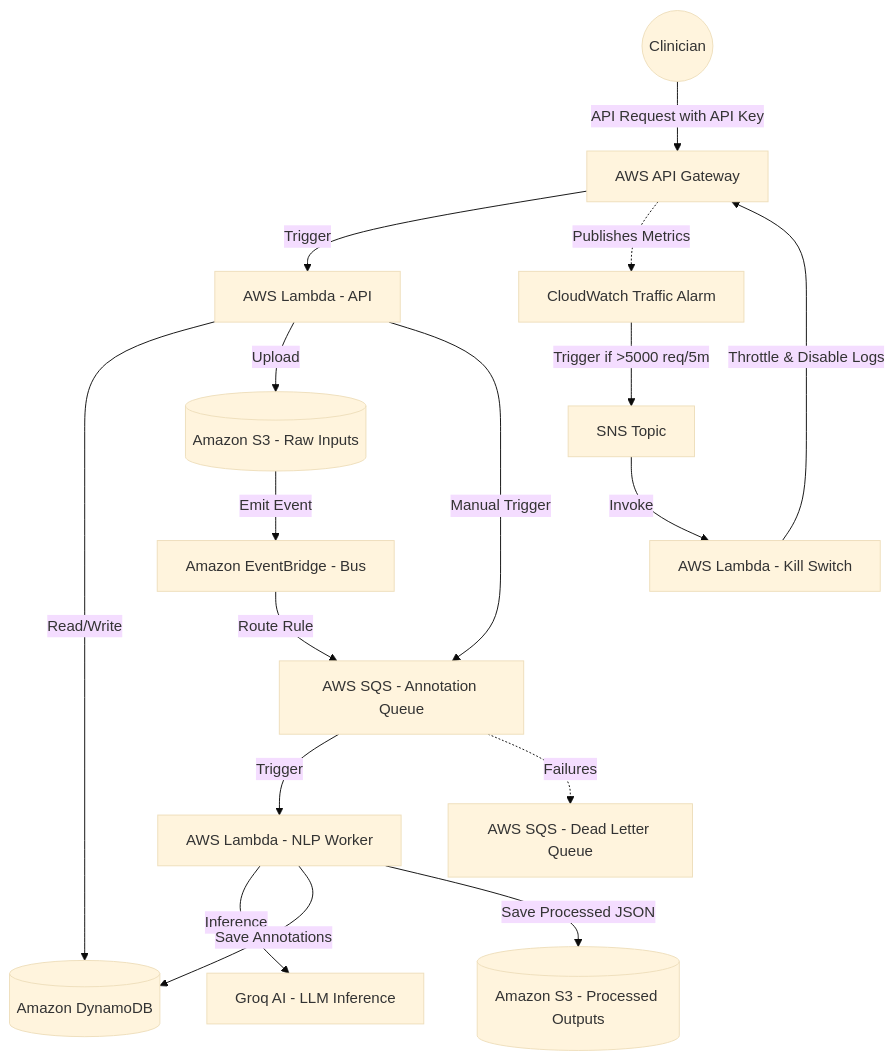
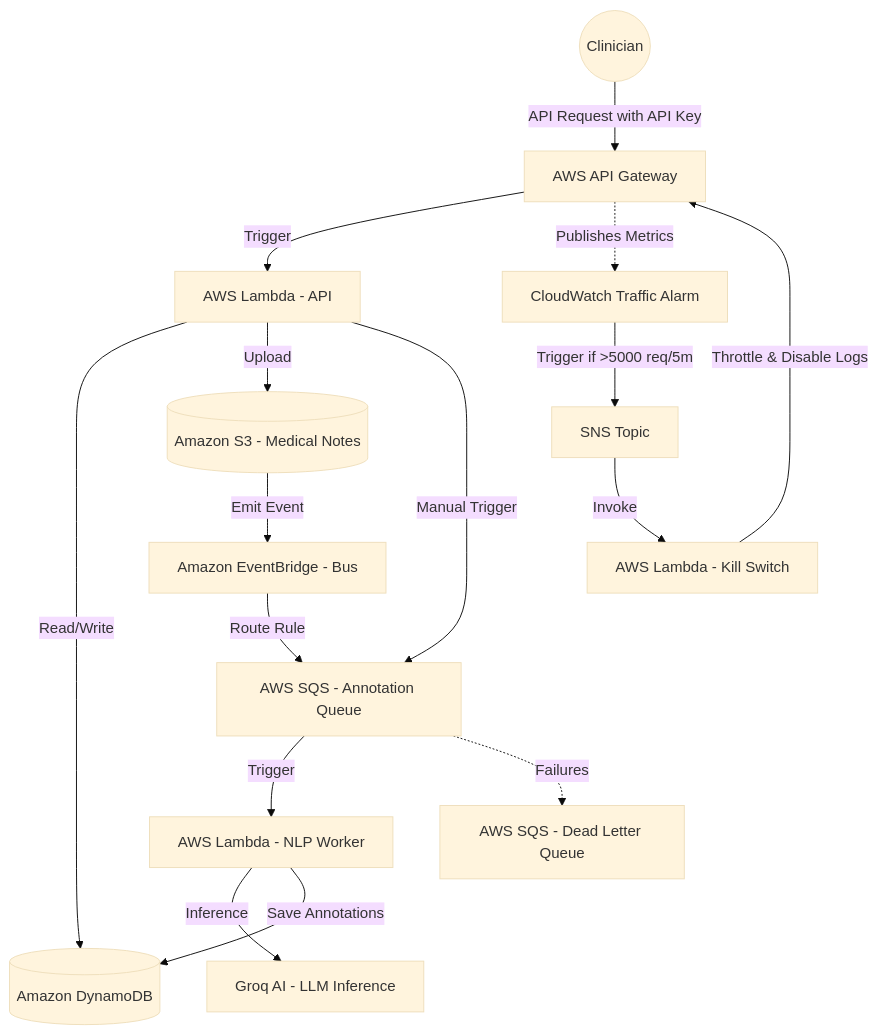
Before and after one commit to harsh-vardhhan/EHR-backend: the diagram in README.md, drawn with Mermaid (base theme). The commit also changed other lines of this file and 5 other files, not shown here.

Commit message:
feat: optimize to single-bucket architecture with read-only worker

````diff
--- a/README.md
+++ b/README.md
@@ -13,23 +13,22 @@
 ```mermaid
 graph TD
     User((Clinician)) -->|API Request with API Key| APIGateway[AWS API Gateway]
     APIGateway -->|Trigger| LambdaAPI[AWS Lambda - API]
     LambdaAPI -->|Read/Write| DynamoDB[(Amazon DynamoDB)]
-    LambdaAPI -->|Upload| S3Raw[(Amazon S3 - Raw Inputs)]
+    LambdaAPI -->|Upload| S3[(Amazon S3 - Medical Notes)]
     LambdaAPI -->|Manual Trigger| SQS[AWS SQS - Annotation Queue]
 
-    S3Raw -->|Emit Event| EB[Amazon EventBridge - Bus]
+    S3 -->|Emit Event| EB[Amazon EventBridge - Bus]
     EB -->|Route Rule| SQS[AWS SQS - Annotation Queue]
     SQS -->|Trigger| LambdaWorker[AWS Lambda - NLP Worker]
     SQS -.->|Failures| DLQ[AWS SQS - Dead Letter Queue]
     
     LambdaWorker -->|Inference| Groq[Groq AI - LLM Inference]
     LambdaWorker -->|Save Annotations| DynamoDB
-    LambdaWorker -->|Save Processed JSON| S3Processed[(Amazon S3 - Processed Outputs)]
 
     %% DDoS Protection
     APIGateway -.->|Publishes Metrics| CWAlarm[CloudWatch Traffic Alarm]
     CWAlarm -->|Trigger if >5000 req/5m| SNS[SNS Topic]
     SNS -->|Invoke| LambdaKillSwitch[AWS Lambda - Kill Switch]
     LambdaKillSwitch -->|Throttle & Disable Logs| APIGateway
 ```
````
